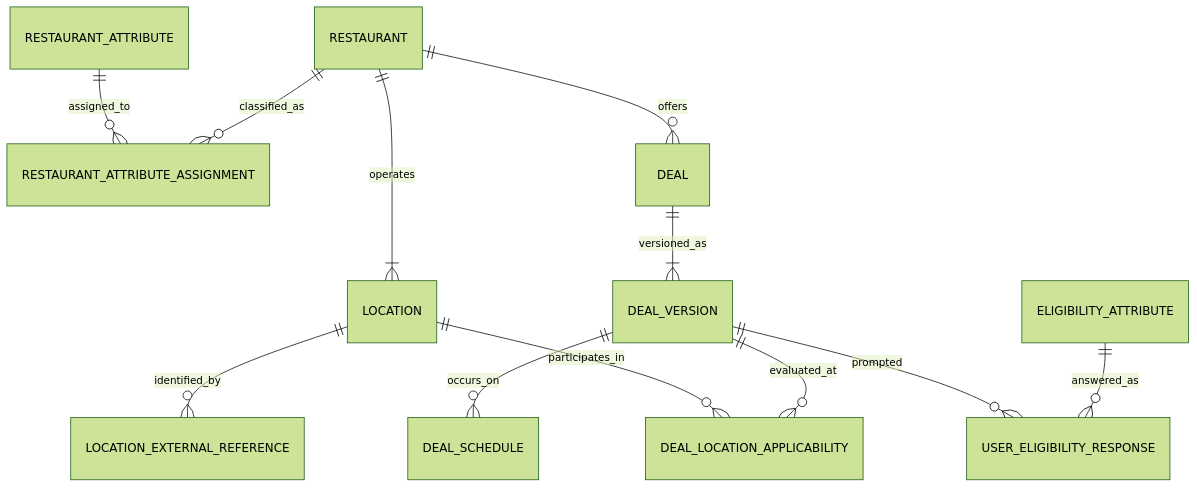
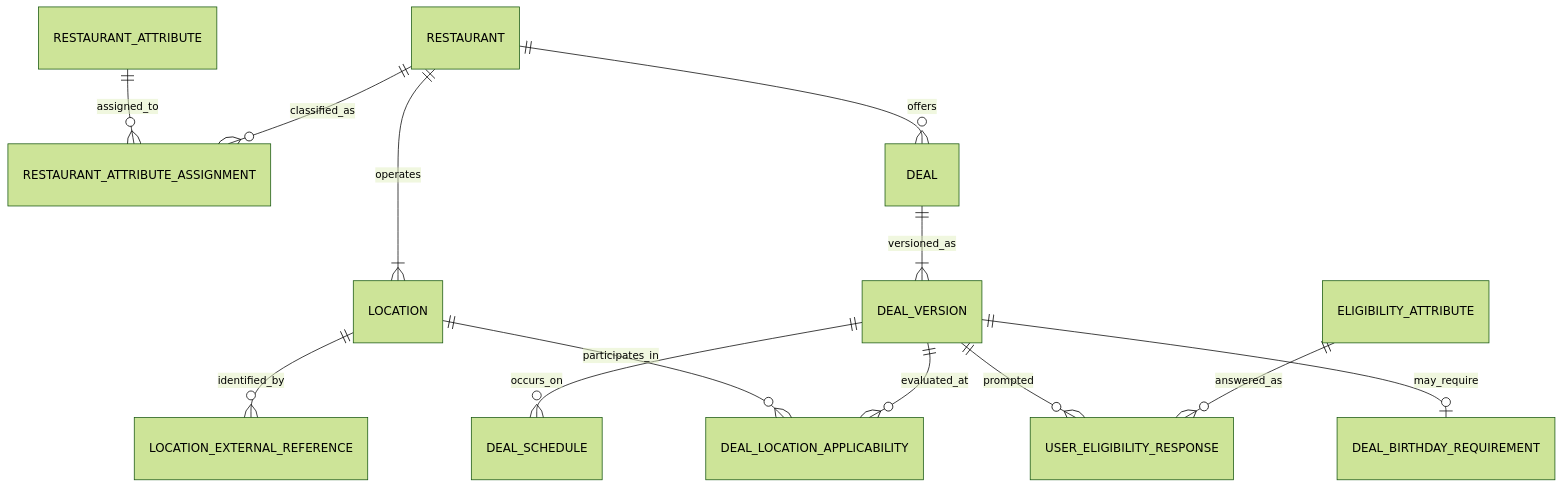
Before and after one commit to arivera1128/WhereWeGoing: the diagram in docs/docs/RELATIONAL_MODEL.md, drawn with Mermaid (forest theme). The commit also changed other lines of this file and 2 other files, not shown here.

````diff
--- a/docs/docs/RELATIONAL_MODEL.md
+++ b/docs/docs/RELATIONAL_MODEL.md
@@ -222,14 +253,15 @@
 ```mermaid
 erDiagram
   RESTAURANT ||--|{ LOCATION : operates
   LOCATION ||--o{ LOCATION_EXTERNAL_REFERENCE : identified_by
   RESTAURANT ||--o{ RESTAURANT_ATTRIBUTE_ASSIGNMENT : classified_as
   RESTAURANT_ATTRIBUTE ||--o{ RESTAURANT_ATTRIBUTE_ASSIGNMENT : assigned_to
   RESTAURANT ||--o{ DEAL : offers
   DEAL ||--|{ DEAL_VERSION : versioned_as
   DEAL_VERSION ||--o{ DEAL_SCHEDULE : occurs_on
   DEAL_VERSION ||--o{ DEAL_LOCATION_APPLICABILITY : evaluated_at
   LOCATION ||--o{ DEAL_LOCATION_APPLICABILITY : participates_in
   ELIGIBILITY_ATTRIBUTE ||--o{ USER_ELIGIBILITY_RESPONSE : answered_as
   DEAL_VERSION ||--o{ USER_ELIGIBILITY_RESPONSE : prompted
+  DEAL_VERSION ||--o| DEAL_BIRTHDAY_REQUIREMENT : may_require
 ```
````
